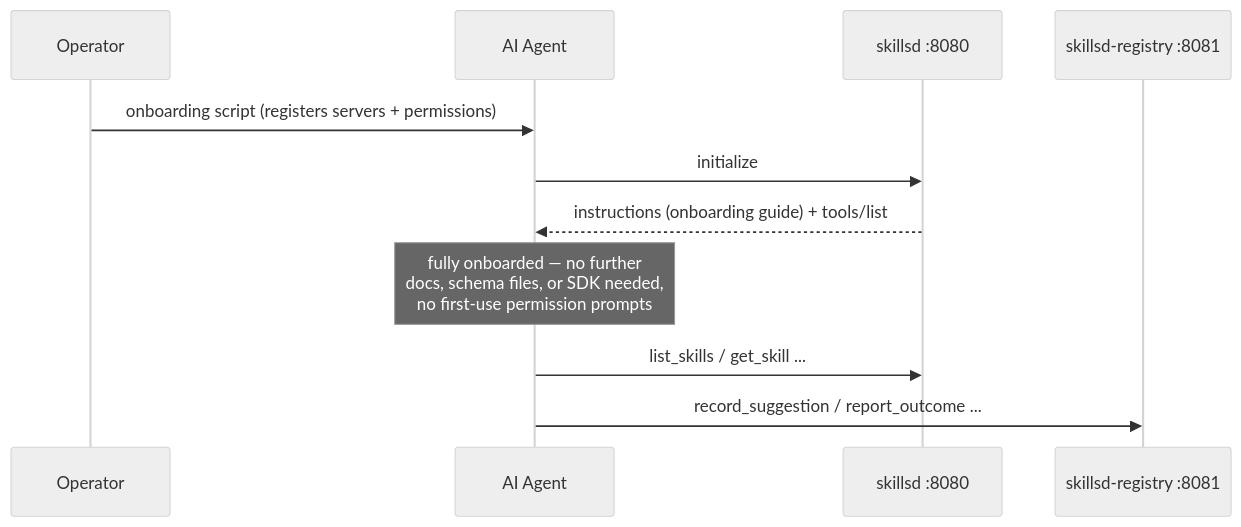
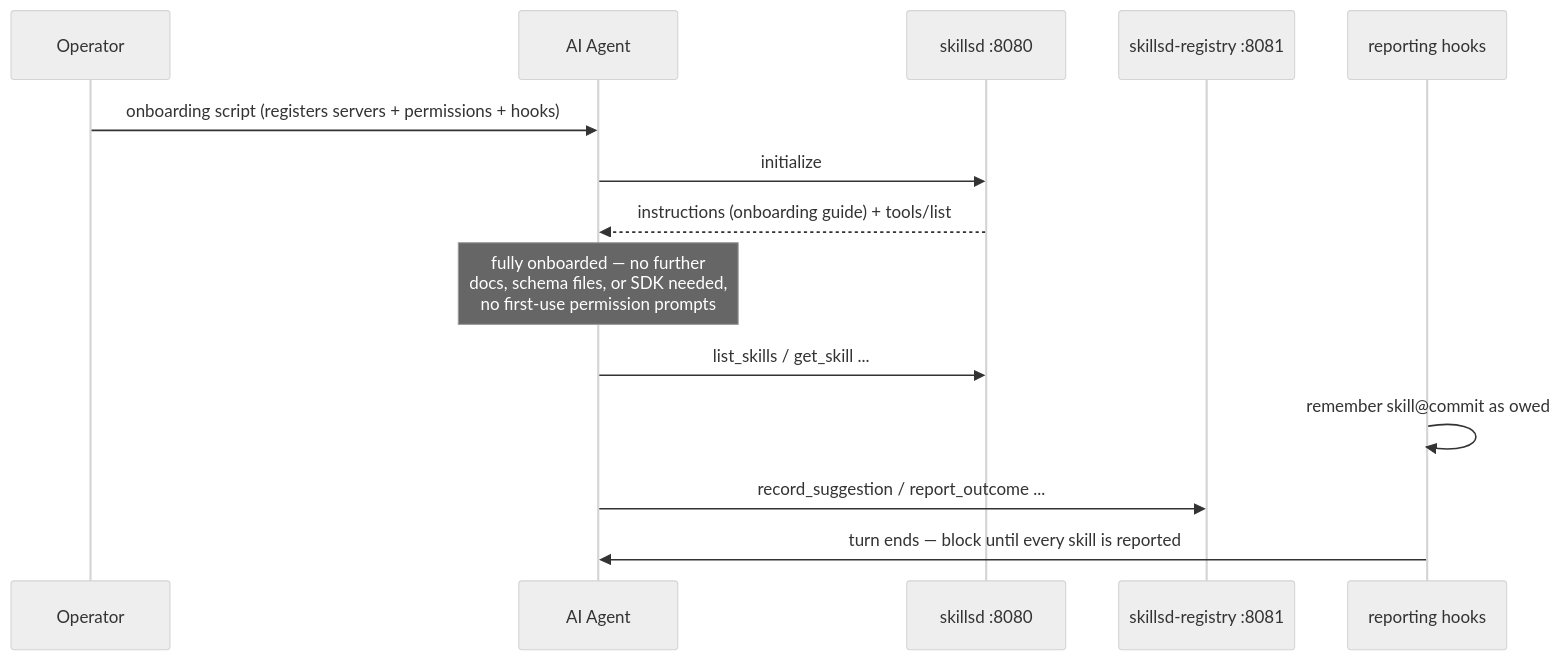
The diagram in docs/quickstart.md (araghukas/skillset), drawn with Mermaid (neutral theme) before and after one commit. The commit also changed other lines of this file and 23 other files, not shown here.

````diff
--- a/docs/quickstart.md
+++ b/docs/quickstart.md
@@ -145,14 +142,17 @@
 ```mermaid
 sequenceDiagram
     participant Op as Operator
     participant Agent as AI Agent
     participant Read as skillsd :8080
     participant Write as skillsd-registry :8081
+    participant Hook as reporting hooks
 
-    Op->>Agent: onboarding script (registers servers + permissions)
+    Op->>Agent: onboarding script (registers servers + permissions + hooks)
     Agent->>Read: initialize
     Read-->>Agent: instructions (onboarding guide) + tools/list
     Note over Agent: fully onboarded — no further<br/>docs, schema files, or SDK needed,<br/>no first-use permission prompts
     Agent->>Read: list_skills / get_skill ...
+    Hook->>Hook: remember skill@commit as owed
     Agent->>Write: record_suggestion / report_outcome ...
+    Hook->>Agent: turn ends — block until every skill is reported
 ```
````
